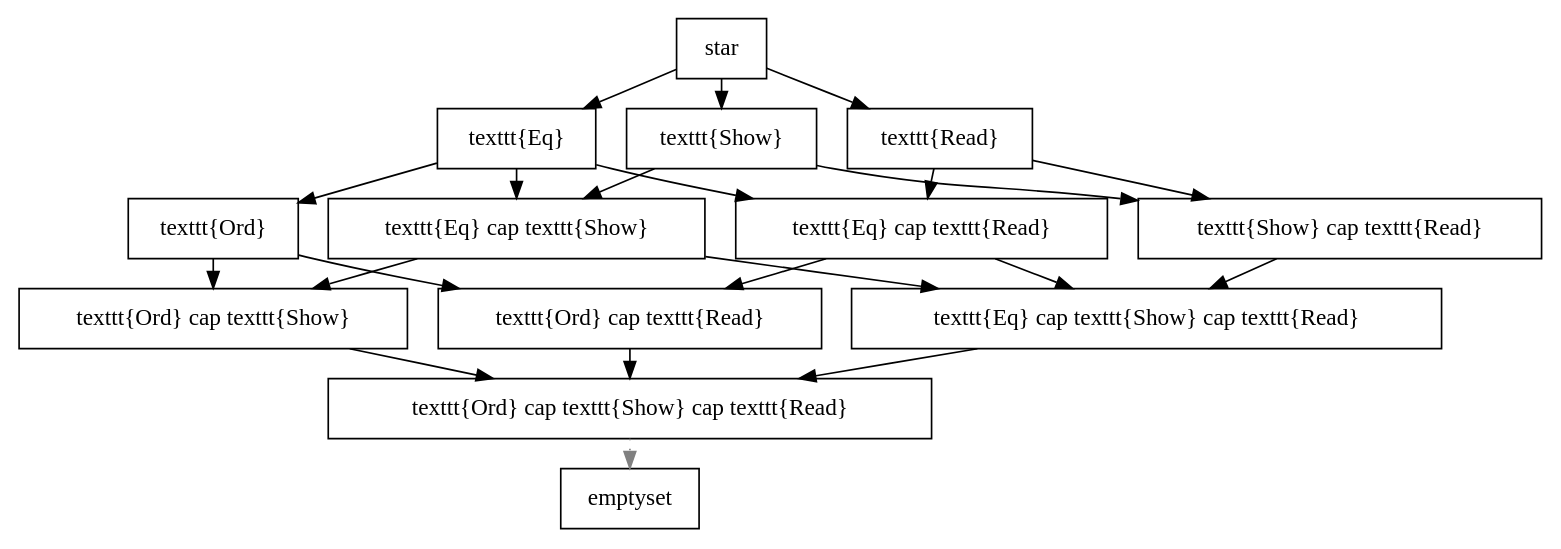
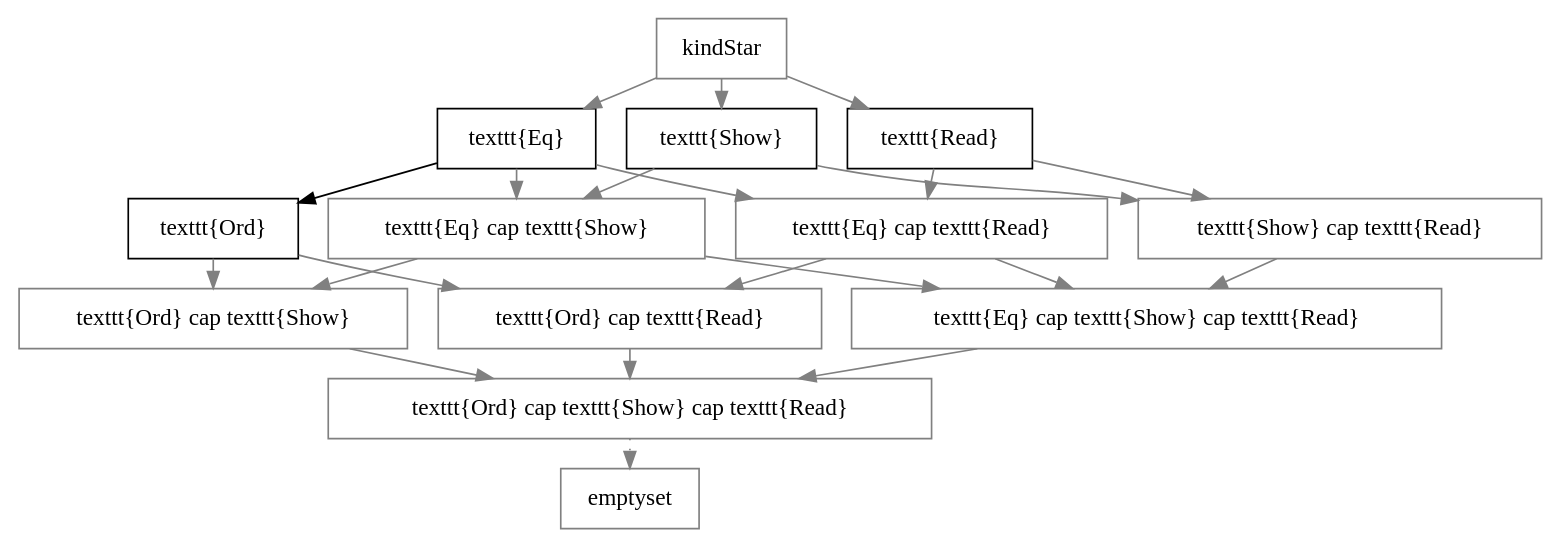
Before and after one commit to xkollar/thesis-mgr-2011: the diagram in text/diagram/kinds_star2.dot, drawn with Graphviz. The commit also changed 7 other files, not shown here.

Commit message:
Diagram colorized accordingly to consultations.

```diff
--- a/text/diagram/kinds_star2.dot
+++ b/text/diagram/kinds_star2.dot
@@ -1,31 +1,43 @@
 digraph kinds {
 	graph [ranksep=0.25];
 	node [shape=box];
 
-	"\star" -> "\texttt{Eq}";
-	"\star" -> "\texttt{Show}";
-	"\star" -> "\texttt{Read}";
+	"\kindStar" [color=gray];
+	"\texttt{Eq} \cap \texttt{Show}" [color=gray];
+	"\texttt{Eq} \cap \texttt{Read}" [color=gray];
+	"\texttt{Ord} \cap \texttt{Show}" [color=gray];
+	"\texttt{Show} \cap \texttt{Read}" [color=gray];
+	"\texttt{Ord} \cap \texttt{Show}" [color=gray];
+	"\texttt{Ord} \cap \texttt{Read}" [color=gray];
+	"\texttt{Eq} \cap \texttt{Show} \cap \texttt{Read}" [color=gray];
+	"\texttt{Ord} \cap \texttt{Show} \cap \texttt{Read}" [color=gray];
+	"\emptyset" [color=gray];
+
+
+	"\kindStar" -> "\texttt{Eq}" [color=gray];
+	"\kindStar" -> "\texttt{Show}" [color=gray];
+	"\kindStar" -> "\texttt{Read}" [color=gray];
 	// {rank=same; "\texttt{Eq}"; "\texttt{Show}"; "\texttt{Read}"};
 
 	"\texttt{Eq}" -> "\texttt{Ord}";
-	"\texttt{Eq}" -> "\texttt{Eq} \cap \texttt{Show}";
-	"\texttt{Eq}" -> "\texttt{Eq} \cap \texttt{Read}";
-	"\texttt{Show}" -> "\texttt{Eq} \cap \texttt{Show}";
-	"\texttt{Show}" -> "\texttt{Show} \cap \texttt{Read}";
-	"\texttt{Read}" -> "\texttt{Eq} \cap \texttt{Read}";
-	"\texttt{Read}" -> "\texttt{Show} \cap \texttt{Read}";
+	"\texttt{Eq}" -> "\texttt{Eq} \cap \texttt{Show}" [color=gray];
+	"\texttt{Eq}" -> "\texttt{Eq} \cap \texttt{Read}" [color=gray];
+	"\texttt{Show}" -> "\texttt{Eq} \cap \texttt{Show}" [color=gray];
+	"\texttt{Show}" -> "\texttt{Show} \cap \texttt{Read}" [color=gray];
+	"\texttt{Read}" -> "\texttt{Eq} \cap \texttt{Read}" [color=gray];
+	"\texttt{Read}" -> "\texttt{Show} \cap \texttt{Read}" [color=gray];
 
-	"\texttt{Ord}" -> "\texttt{Ord} \cap \texttt{Show}";
-	"\texttt{Ord}" -> "\texttt{Ord} \cap \texttt{Read}";
-	"\texttt{Eq} \cap \texttt{Show}" -> "\texttt{Ord} \cap \texttt{Show}";
-	"\texttt{Eq} \cap \texttt{Show}" -> "\texttt{Eq} \cap \texttt{Show} \cap \texttt{Read}";
-	"\texttt{Eq} \cap \texttt{Read}" -> "\texttt{Ord} \cap \texttt{Read}";
-	"\texttt{Eq} \cap \texttt{Read}" -> "\texttt{Eq} \cap \texttt{Show} \cap \texttt{Read}";
-	"\texttt{Show} \cap \texttt{Read}" -> "\texttt{Eq} \cap \texttt{Show} \cap \texttt{Read}";
+	"\texttt{Ord}" -> "\texttt{Ord} \cap \texttt{Show}" [color=gray];
+	"\texttt{Ord}" -> "\texttt{Ord} \cap \texttt{Read}" [color=gray];
+	"\texttt{Eq} \cap \texttt{Show}" -> "\texttt{Ord} \cap \texttt{Show}" [color=gray];
+	"\texttt{Eq} \cap \texttt{Show}" -> "\texttt{Eq} \cap \texttt{Show} \cap \texttt{Read}" [color=gray];
+	"\texttt{Eq} \cap \texttt{Read}" -> "\texttt{Ord} \cap \texttt{Read}" [color=gray];
+	"\texttt{Eq} \cap \texttt{Read}" -> "\texttt{Eq} \cap \texttt{Show} \cap \texttt{Read}" [color=gray];
+	"\texttt{Show} \cap \texttt{Read}" -> "\texttt{Eq} \cap \texttt{Show} \cap \texttt{Read}" [color=gray];
 
-	"\texttt{Ord} \cap \texttt{Show}" -> "\texttt{Ord} \cap \texttt{Show} \cap \texttt{Read}";
-	"\texttt{Ord} \cap \texttt{Read}" -> "\texttt{Ord} \cap \texttt{Show} \cap \texttt{Read}";
-	"\texttt{Eq} \cap \texttt{Show} \cap \texttt{Read}" -> "\texttt{Ord} \cap \texttt{Show} \cap \texttt{Read}";
+	"\texttt{Ord} \cap \texttt{Show}" -> "\texttt{Ord} \cap \texttt{Show} \cap \texttt{Read}" [color=gray];
+	"\texttt{Ord} \cap \texttt{Read}" -> "\texttt{Ord} \cap \texttt{Show} \cap \texttt{Read}" [color=gray];
+	"\texttt{Eq} \cap \texttt{Show} \cap \texttt{Read}" -> "\texttt{Ord} \cap \texttt{Show} \cap \texttt{Read}" [color=gray];
 
 	"\texttt{Ord} \cap \texttt{Show} \cap \texttt{Read}" -> "\emptyset" [style=dotted,color=gray];
 }
```
